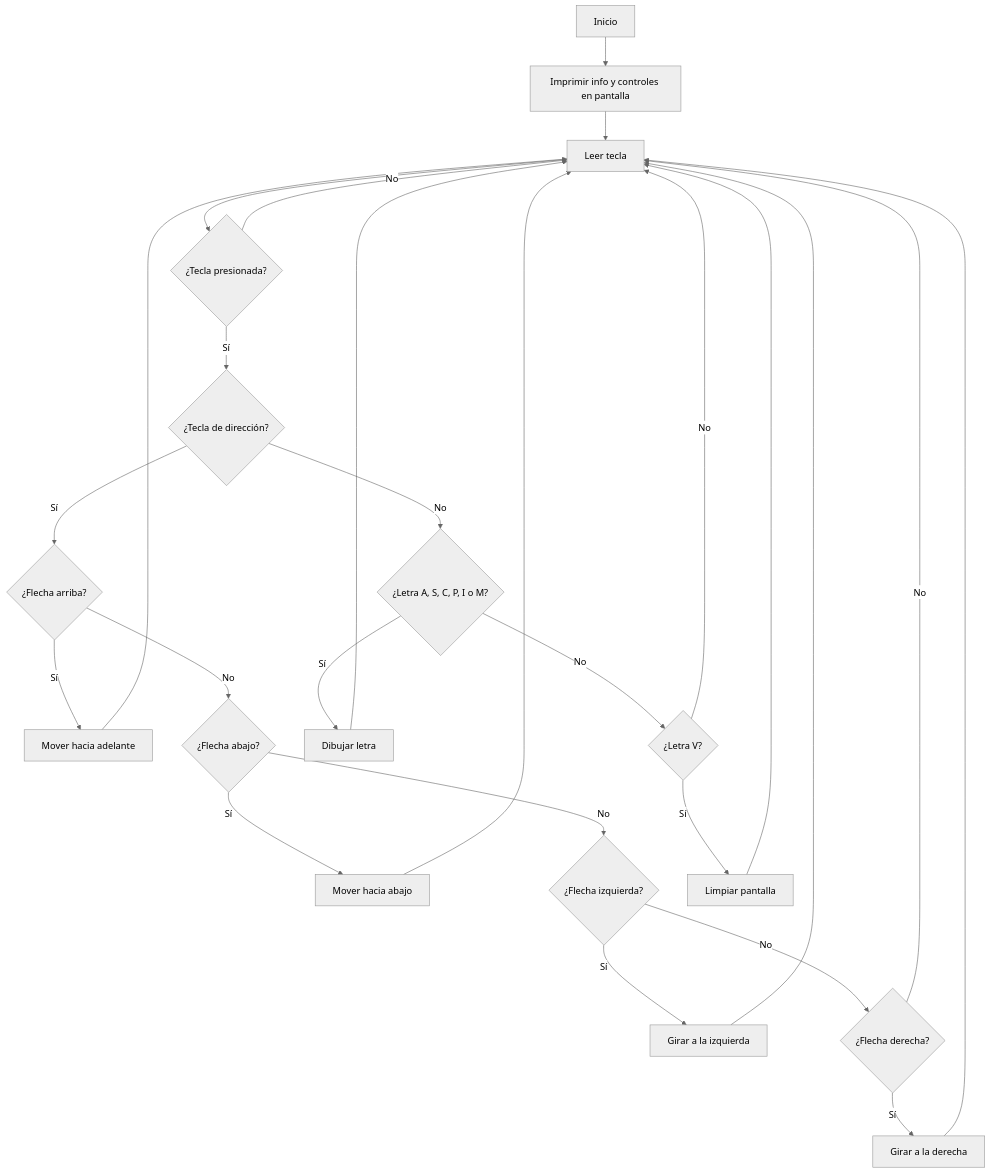
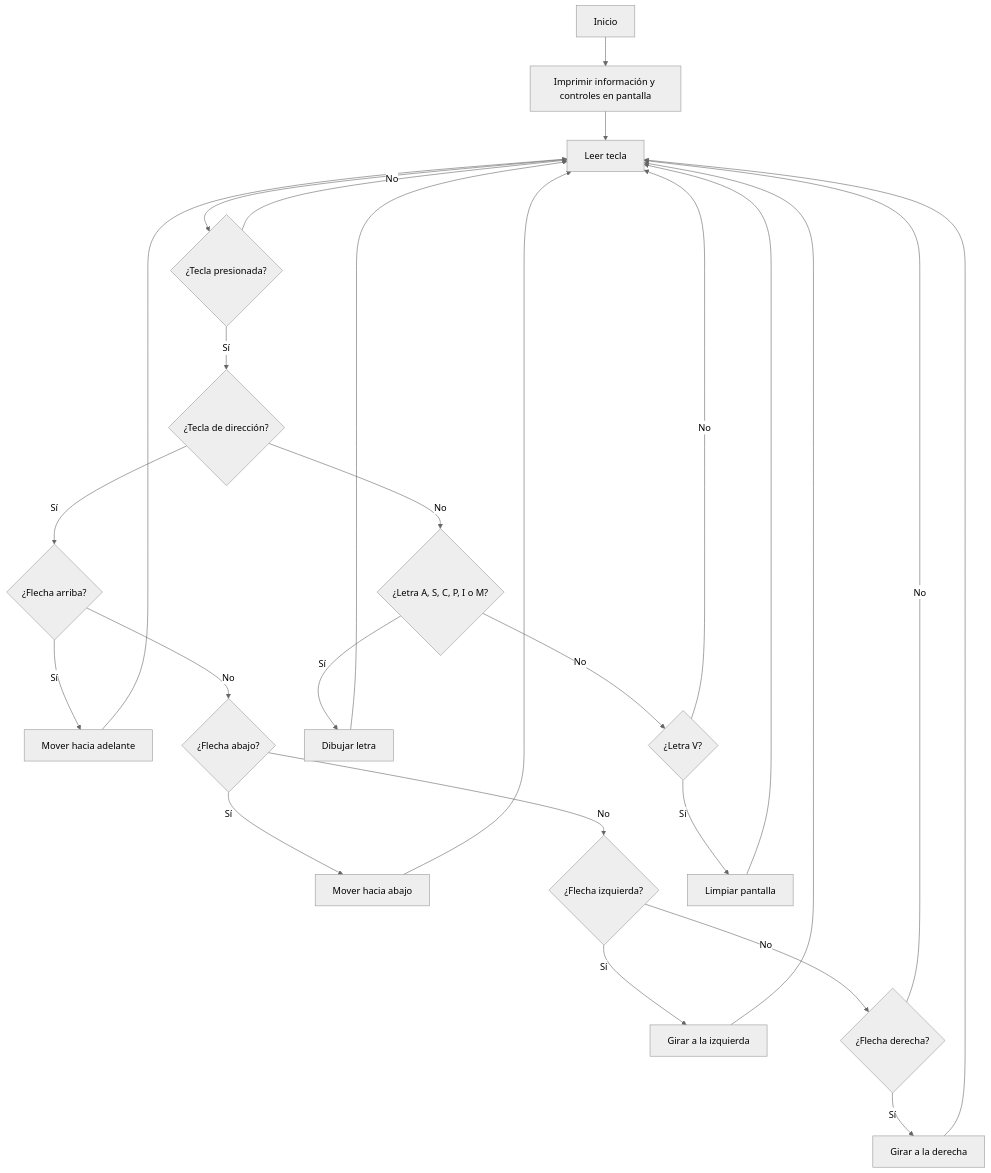
The diagram in README.md (isamendo17/LabRobotica), drawn with Mermaid (neutral theme) before and after one commit.

````diff
--- a/README.md
+++ b/README.md
@@ -12,28 +12,28 @@
 ```mermaid
 flowchart TD
-    A[Inicio] --> B[Imprimir info y controles en pantalla]
+    A[Inicio] --> B[Imprimir información y controles en pantalla]
     B --> C[Leer tecla]
     C --> D{¿Tecla presionada?}
     D -- No --> C
     D -- Sí --> E{¿Tecla de dirección?}
     E -- Sí --> F{¿Flecha arriba?}
     E -- No --> G{¿Letra A, S, C, P, I o M?}
     F -- Sí --> H[Mover hacia adelante]
     F -- No --> I{¿Flecha abajo?}
     G -- Sí --> J[Dibujar letra]
     G -- No --> K{¿Letra V?}
     H --> C
     I -- Sí --> L[Mover hacia abajo]
     I -- No --> M{¿Flecha izquierda?}
     J --> C
     K -- Sí --> N[Limpiar pantalla]
     K -- No --> C
     L --> C
     M -- Sí --> O[Girar a la izquierda]
     M -- No --> P{¿Flecha derecha?}
     N --> C
     O --> C
     P -- Sí --> Q[Girar a la derecha]
     P -- No --> C
     Q --> C
 ```
````
